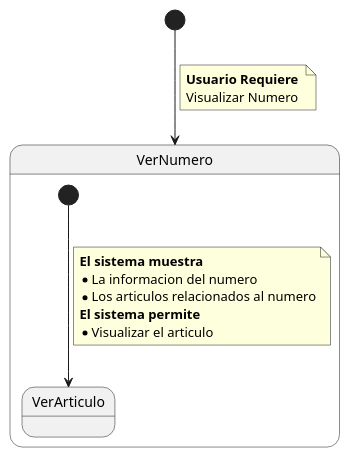
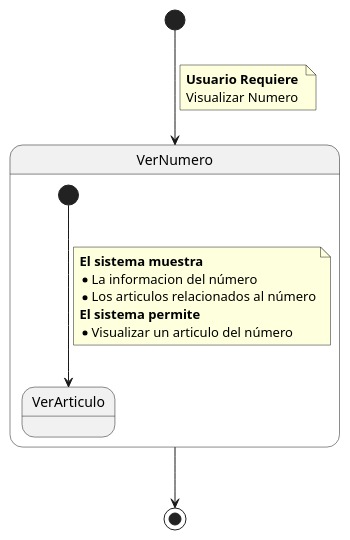
Before and after one commit to mmasias/IdSw1-22-23: the diagram in 000-entregas/Grupo4/ProyectoEditorial/CasosDeUso/DetallarCasosDeUso/VerNumero.puml, drawn with PlantUML. The commit also changed 48 other files, not shown here.

```diff
--- a/000-entregas/Grupo4/ProyectoEditorial/CasosDeUso/DetallarCasosDeUso/VerNumero.puml
+++ b/000-entregas/Grupo4/ProyectoEditorial/CasosDeUso/DetallarCasosDeUso/VerNumero.puml
@@ -1,27 +1,25 @@
 @startuml Detalle Caso de Uso Ver Numero
 
 State VerNumero {
 
     State  VerArticulo  
     [*] ---> VerArticulo
     note on link
         **El sistema muestra **
-        * La informacion del numero
-        * Los articulos relacionados al numero
+        * La informacion del número
+        * Los articulos relacionados al número
         **El sistema permite **
-        * Visualizar el articulo    
+        * Visualizar un articulo del número
     end note
 
 }
 
 [*] --> VerNumero
 note on link
     **Usuario Requiere **
     Visualizar Numero
 end note
 
-
-
-
+VerNumero --> [*]
 
 @enduml
```
